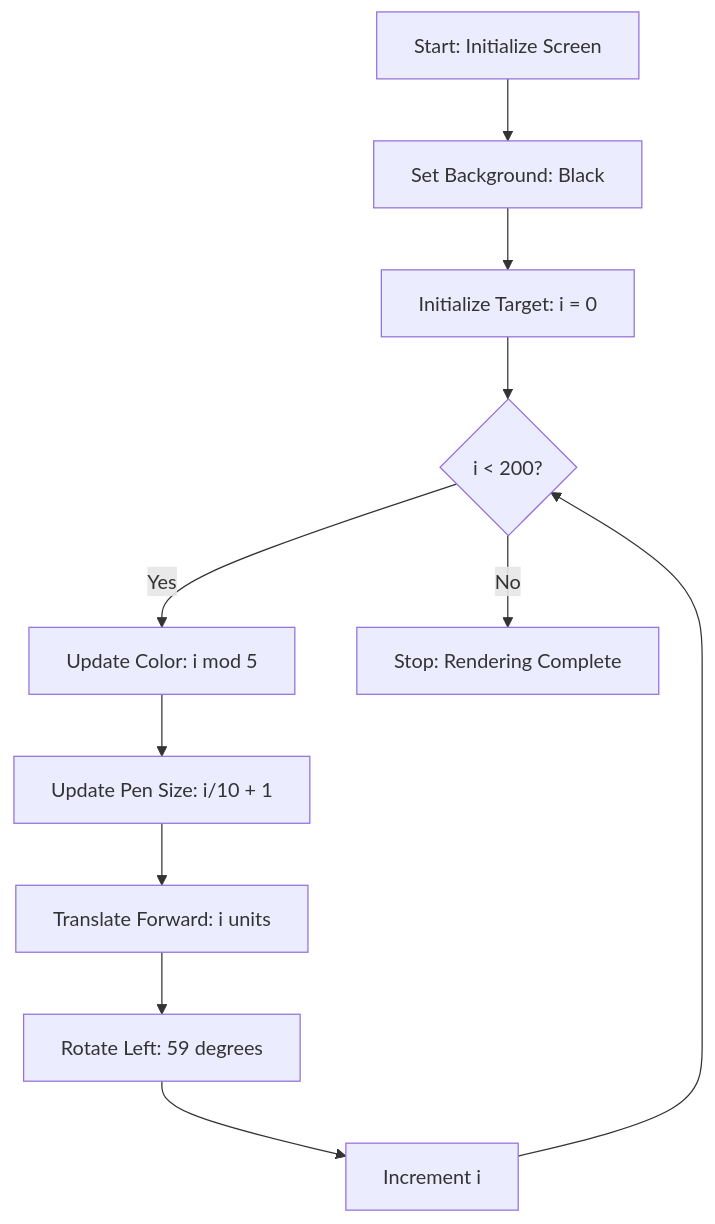
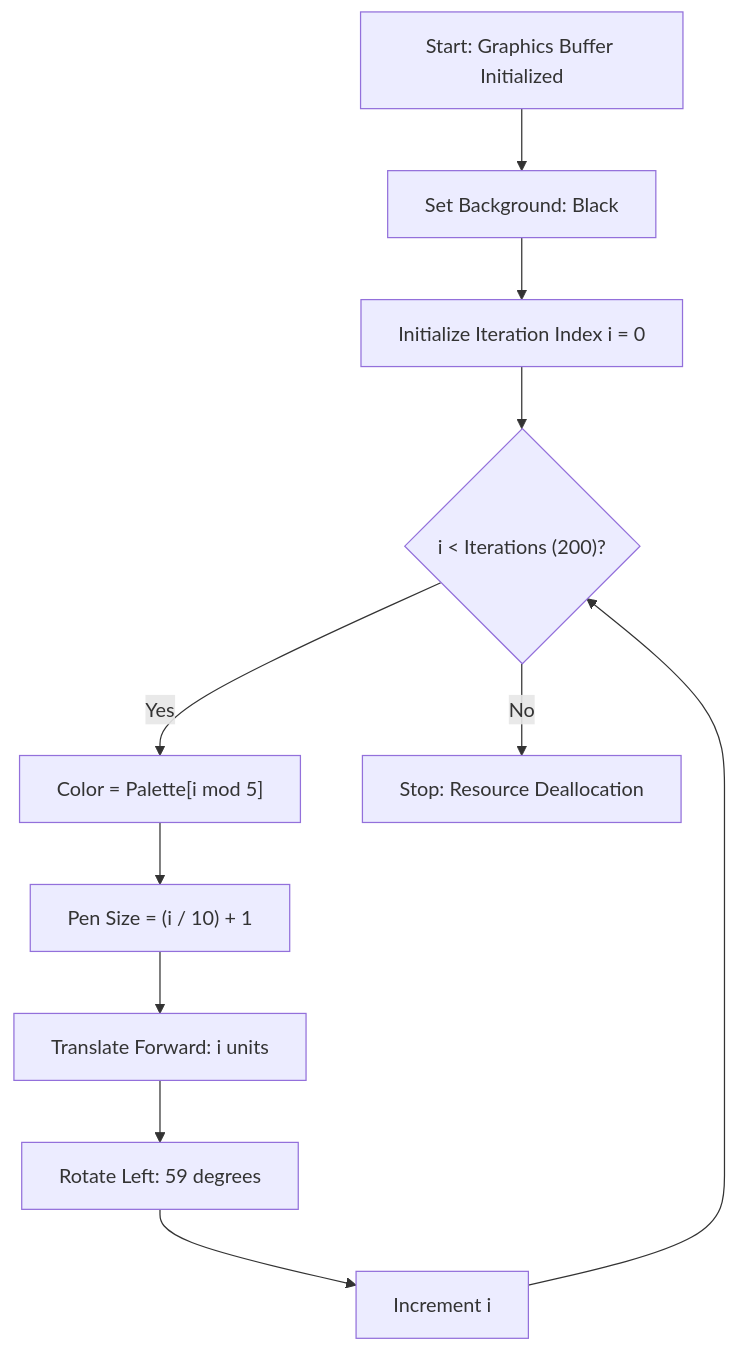
Before and after one commit to Amey-Thakur/PYTHON-SHORTS: the first of 2 diagrams in Source Code/Shape/README.md, drawn with Mermaid. The commit also changed other lines of this file, not shown here.

Commit message:
Python Shorts

````diff
--- a/Source Code/Shape/README.md
+++ b/Source Code/Shape/README.md
@@ -58,13 +59,13 @@
 ```mermaid
-graph TD
-    A["Start: Initialize Screen"] --> B["Set Background: Black"]
-    B --> C["Initialize Target: i = 0"]
-    C --> D{"i < 200?"}
-    D -- Yes --> E["Update Color: i mod 5"]
-    E --> F["Update Pen Size: i/10 + 1"]
+flowchart TD
+    A["Start: Graphics Buffer Initialized"] --> B["Set Background: Black"]
+    B --> C["Initialize Iteration Index i = 0"]
+    C --> D{"i < Iterations (200)?"}
+    D -- "Yes" --> E["Color = Palette[i mod 5]"]
+    E --> F["Pen Size = (i / 10) + 1"]
     F --> G["Translate Forward: i units"]
     G --> H["Rotate Left: 59 degrees"]
     H --> I["Increment i"]
     I --> D
-    D -- No --> J["Stop: Rendering Complete"]
+    D -- "No" --> J["Stop: Resource Deallocation"]
 ```
````
